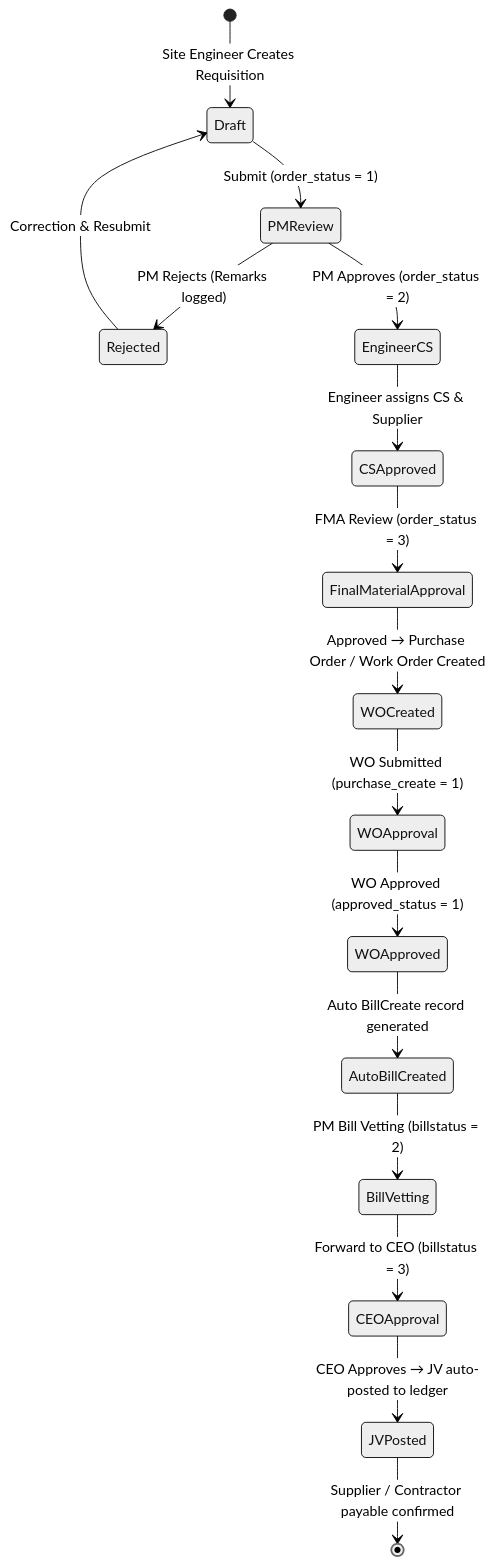
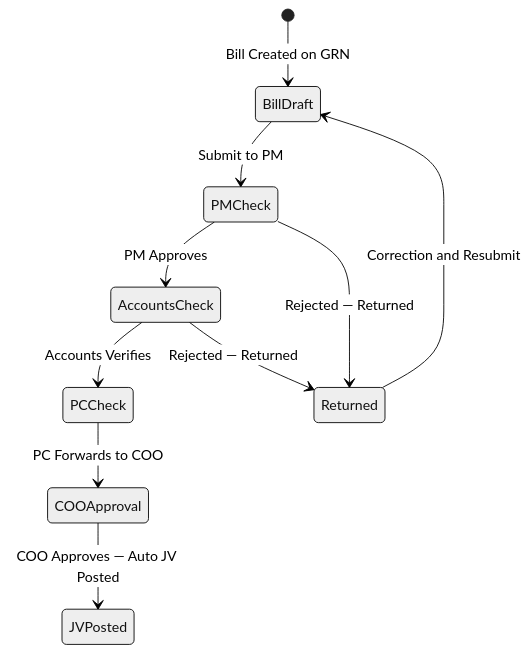
Before and after one commit to ShakhawatSakib9/Constrcution_MIS: the third of 4 diagrams in README.md, drawn with Mermaid (neutral theme). The commit also changed other lines of this file, not shown here.

Commit message:
docs: complete rewrite - all 4 modules (MIS/Accounts/HRM/Admin), correct 5-stage approval chain, CS engine, Consumption, Stock Transfer, 46+ reports

````diff
--- a/README.md
+++ b/README.md
@@ -113,18 +197,12 @@
 ```mermaid
 stateDiagram-v2
-    [*] --> Draft: Site Engineer Creates Requisition
-    Draft --> PMReview: Submit (order_status = 1)
-    PMReview --> Rejected: PM Rejects (Remarks logged)
-    Rejected --> Draft: Correction & Resubmit
-    PMReview --> EngineerCS: PM Approves (order_status = 2)
-    EngineerCS --> CSApproved: Engineer assigns CS & Supplier
-    CSApproved --> FinalMaterialApproval: FMA Review (order_status = 3)
-    FinalMaterialApproval --> WOCreated: Approved → Purchase Order / Work Order Created
-    WOCreated --> WOApproval: WO Submitted (purchase_create = 1)
-    WOApproval --> WOApproved: WO Approved (approved_status = 1)
-    WOApproved --> AutoBillCreated: Auto BillCreate record generated
-    AutoBillCreated --> BillVetting: PM Bill Vetting (billstatus = 2)
-    BillVetting --> CEOApproval: Forward to CEO (billstatus = 3)
-    CEOApproval --> JVPosted: CEO Approves → JV auto-posted to ledger
-    JVPosted --> [*]: Supplier / Contractor payable confirmed
+    [*] --> BillDraft: Bill Created on GRN
+    BillDraft --> PMCheck: Submit to PM
+    PMCheck --> AccountsCheck: PM Approves
+    AccountsCheck --> PCCheck: Accounts Verifies
+    PCCheck --> COOApproval: PC Forwards to COO
+    COOApproval --> JVPosted: COO Approves — Auto JV Posted
+    PMCheck --> Returned: Rejected — Returned
+    AccountsCheck --> Returned: Rejected — Returned
+    Returned --> BillDraft: Correction and Resubmit
 ```
````
